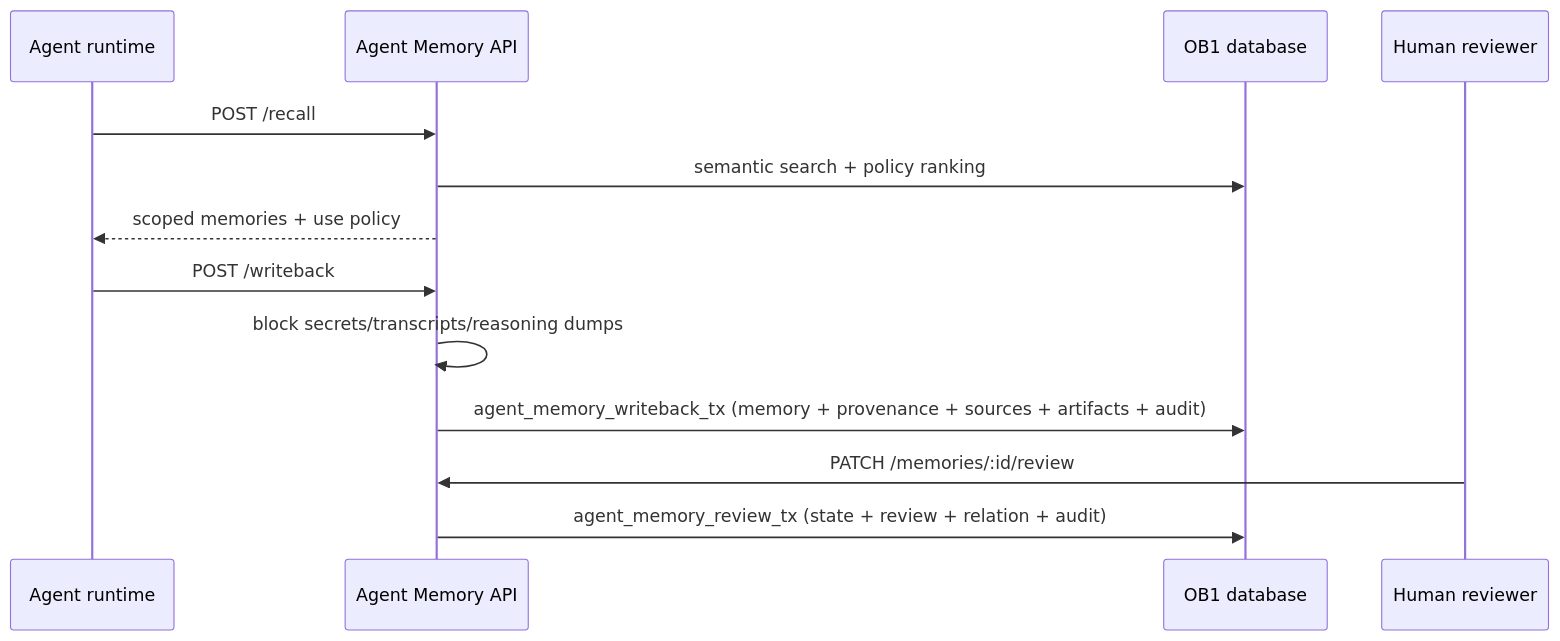
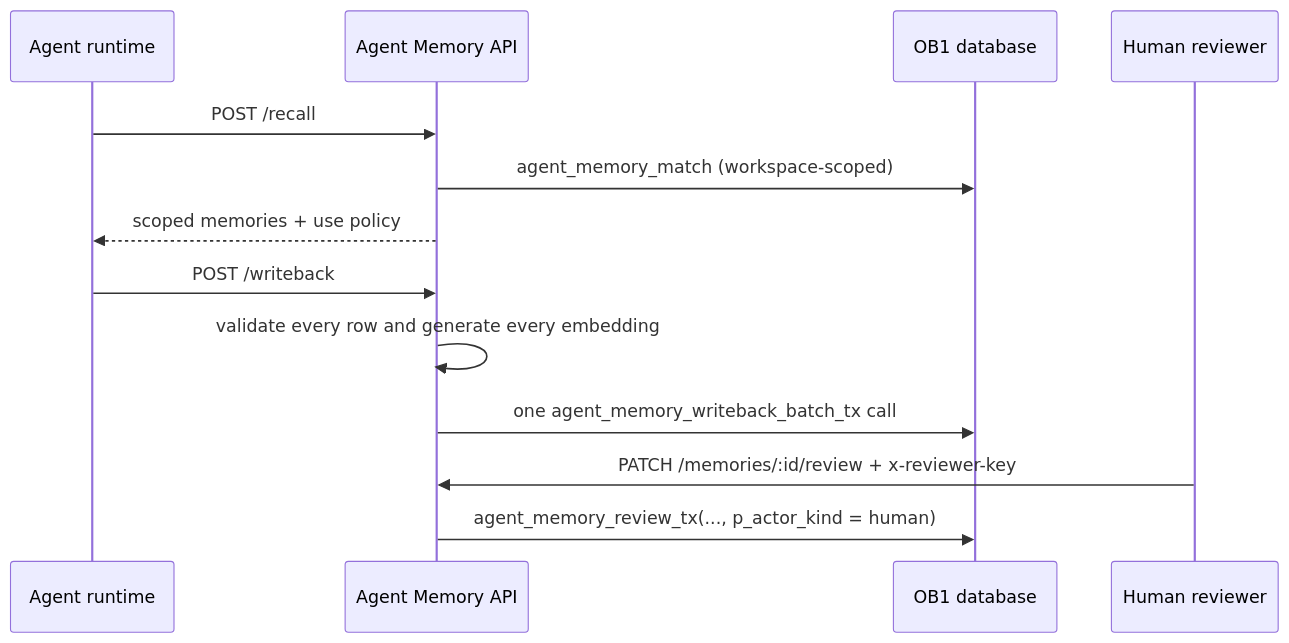
Before and after one commit to tomatozor/OB1: the diagram in integrations/agent-memory-api/README.md, drawn with Mermaid. The commit also changed other lines of this file and 2 other files, not shown here.

First line of the commit message:
[integrations] agent-memory-api: atomic batch writeback, reviewer key authority, hardened crypto and retries

````diff
--- a/integrations/agent-memory-api/README.md
+++ b/integrations/agent-memory-api/README.md
@@ -5,15 +5,15 @@
 ```mermaid
 sequenceDiagram
   participant Runtime as Agent runtime
   participant API as Agent Memory API
   participant OB1 as OB1 database
   participant Human as Human reviewer
   Runtime->>API: POST /recall
-  API->>OB1: semantic search + policy ranking
+  API->>OB1: agent_memory_match (workspace-scoped)
   API-->>Runtime: scoped memories + use policy
   Runtime->>API: POST /writeback
-  API->>API: block secrets/transcripts/reasoning dumps
-  API->>OB1: agent_memory_writeback_tx (memory + provenance + sources + artifacts + audit)
-  Human->>API: PATCH /memories/:id/review
-  API->>OB1: agent_memory_review_tx (state + review + relation + audit)
+  API->>API: validate every row and generate every embedding
+  API->>OB1: one agent_memory_writeback_batch_tx call
+  Human->>API: PATCH /memories/:id/review + x-reviewer-key
+  API->>OB1: agent_memory_review_tx(..., p_actor_kind = human)
 ```
````
